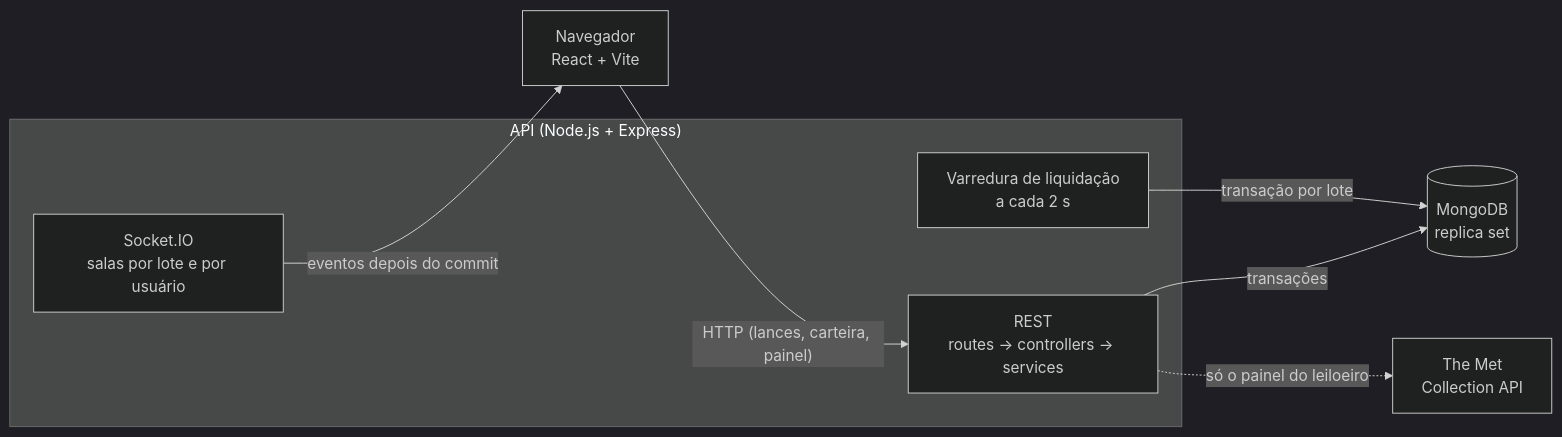
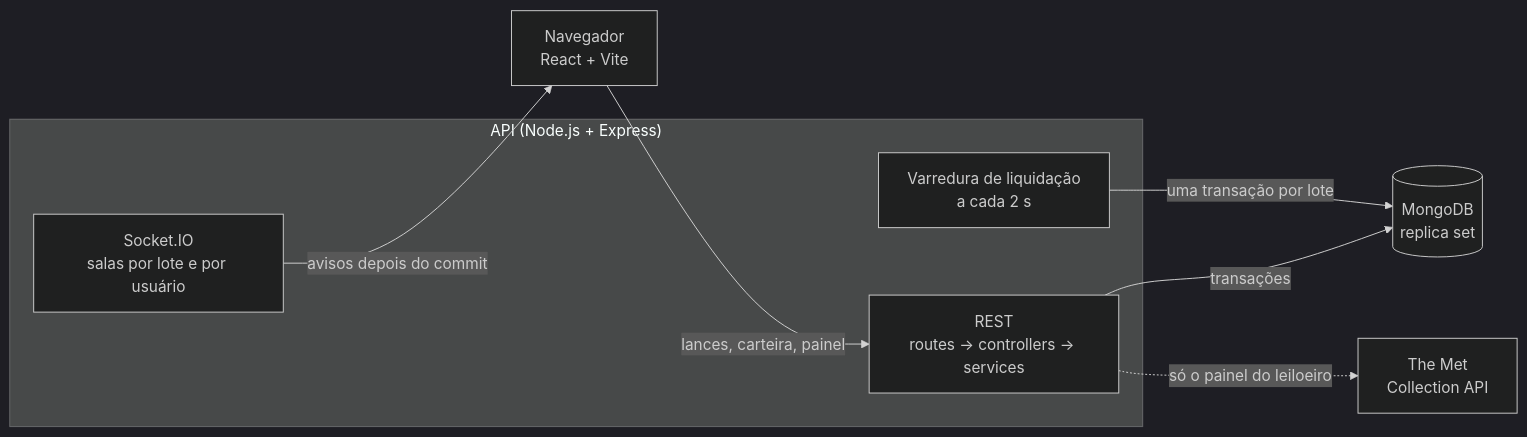
The first of 2 diagrams in README.md (DevPauloV/desafio-leilao), drawn with Mermaid (dark theme) before and after one commit. The commit also changed other lines of this file, not shown here.

````diff
--- a/README.md
+++ b/README.md
@@ -193,17 +73,17 @@
 ```mermaid
 flowchart LR
   browser["Navegador<br/>React + Vite"]
   subgraph api["API (Node.js + Express)"]
     rest["REST<br/>routes → controllers → services"]
     socket["Socket.IO<br/>salas por lote e por usuário"]
     job["Varredura de liquidação<br/>a cada 2 s"]
   end
   mongo[("MongoDB<br/>replica set")]
   met["The Met<br/>Collection API"]
 
-  browser -- "HTTP (lances, carteira, painel)" --> rest
-  socket -- "eventos depois do commit" --> browser
+  browser -- "lances, carteira, painel" --> rest
+  socket -- "avisos depois do commit" --> browser
   rest -- "transações" --> mongo
-  job -- "transação por lote" --> mongo
+  job -- "uma transação por lote" --> mongo
   rest -. "só o painel do leiloeiro" .-> met
 ```
````
